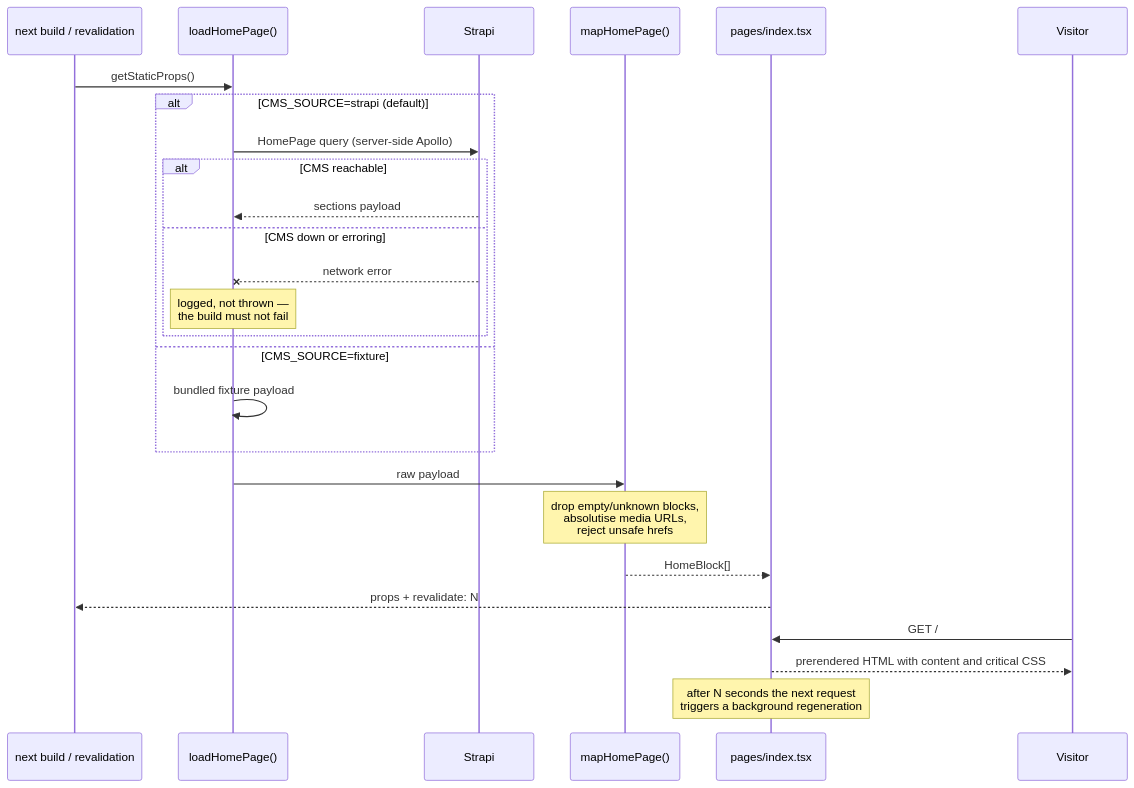
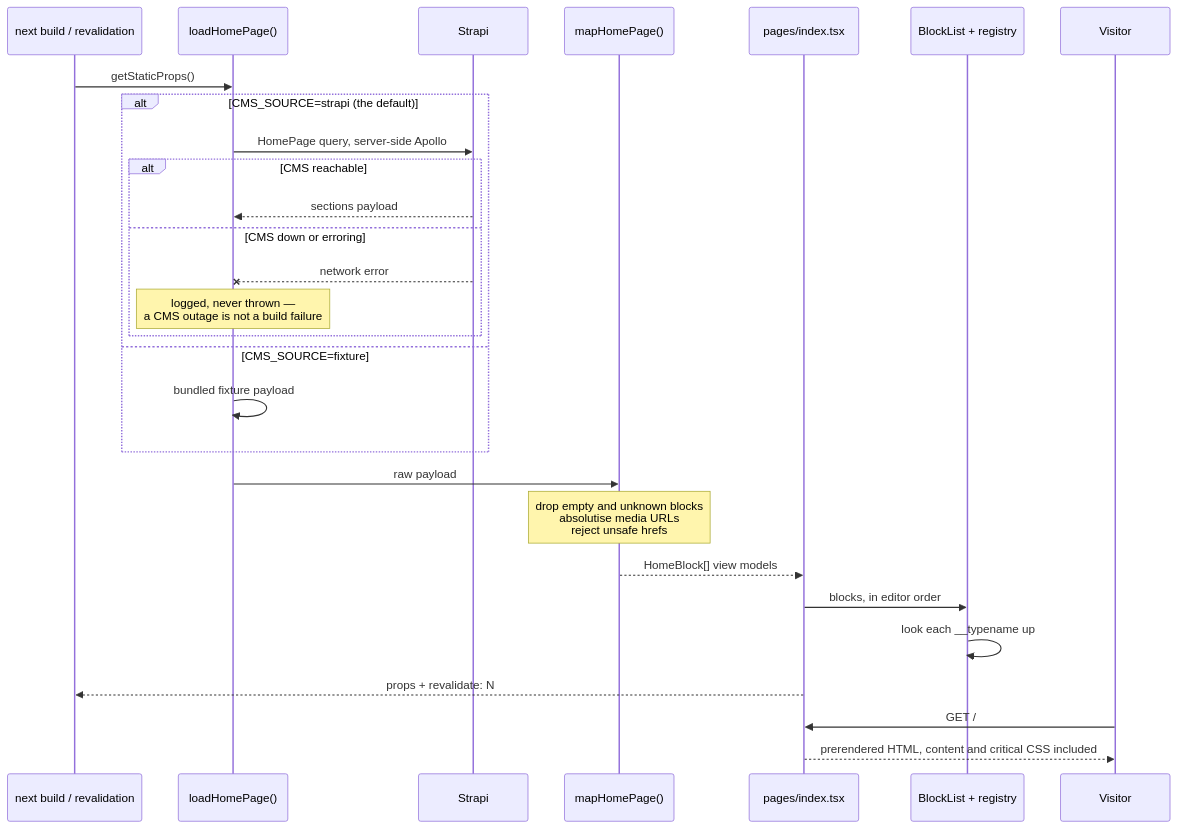
The diagram in README.md (dev-sas002/jomi-challenge-frontend), drawn with Mermaid before and after one commit. The commit also changed other lines of this file, not shown here.

````diff
--- a/README.md
+++ b/README.md
@@ -80,30 +90,32 @@
 ```mermaid
 sequenceDiagram
     participant Build as next build / revalidation
     participant Loader as loadHomePage()
     participant Strapi
     participant Mapper as mapHomePage()
     participant Page as pages/index.tsx
+    participant List as BlockList + registry
     participant Visitor
 
     Build->>Loader: getStaticProps()
-    alt CMS_SOURCE=strapi (default)
-        Loader->>Strapi: HomePage query (server-side Apollo)
+    alt CMS_SOURCE=strapi (the default)
+        Loader->>Strapi: HomePage query, server-side Apollo
         alt CMS reachable
             Strapi-->>Loader: sections payload
         else CMS down or erroring
             Strapi--x Loader: network error
-            Note over Loader: logged, not thrown —<br/>the build must not fail
+            Note over Loader: logged, never thrown —<br/>a CMS outage is not a build failure
         end
     else CMS_SOURCE=fixture
         Loader->>Loader: bundled fixture payload
     end
     Loader->>Mapper: raw payload
-    Note over Mapper: drop empty/unknown blocks,<br/>absolutise media URLs,<br/>reject unsafe hrefs
-    Mapper-->>Page: HomeBlock[]
+    Note over Mapper: drop empty and unknown blocks<br/>absolutise media URLs<br/>reject unsafe hrefs
+    Mapper-->>Page: HomeBlock[] view models
+    Page->>List: blocks, in editor order
+    List->>List: look each __typename up
     Page-->>Build: props + revalidate: N
 
     Visitor->>Page: GET /
-    Page-->>Visitor: prerendered HTML with content and critical CSS
-    Note over Page: after N seconds the next request<br/>triggers a background regeneration
+    Page-->>Visitor: prerendered HTML, content and critical CSS included
 ```
````
